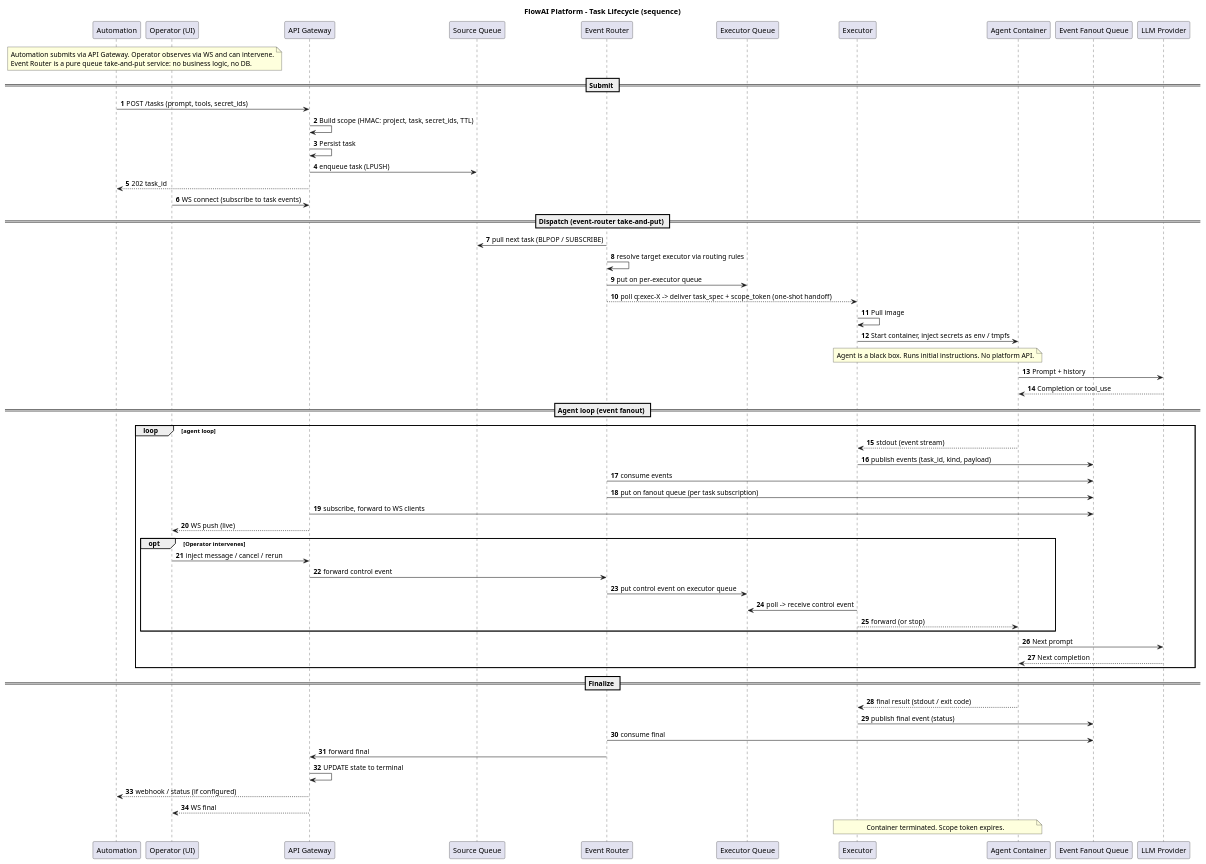
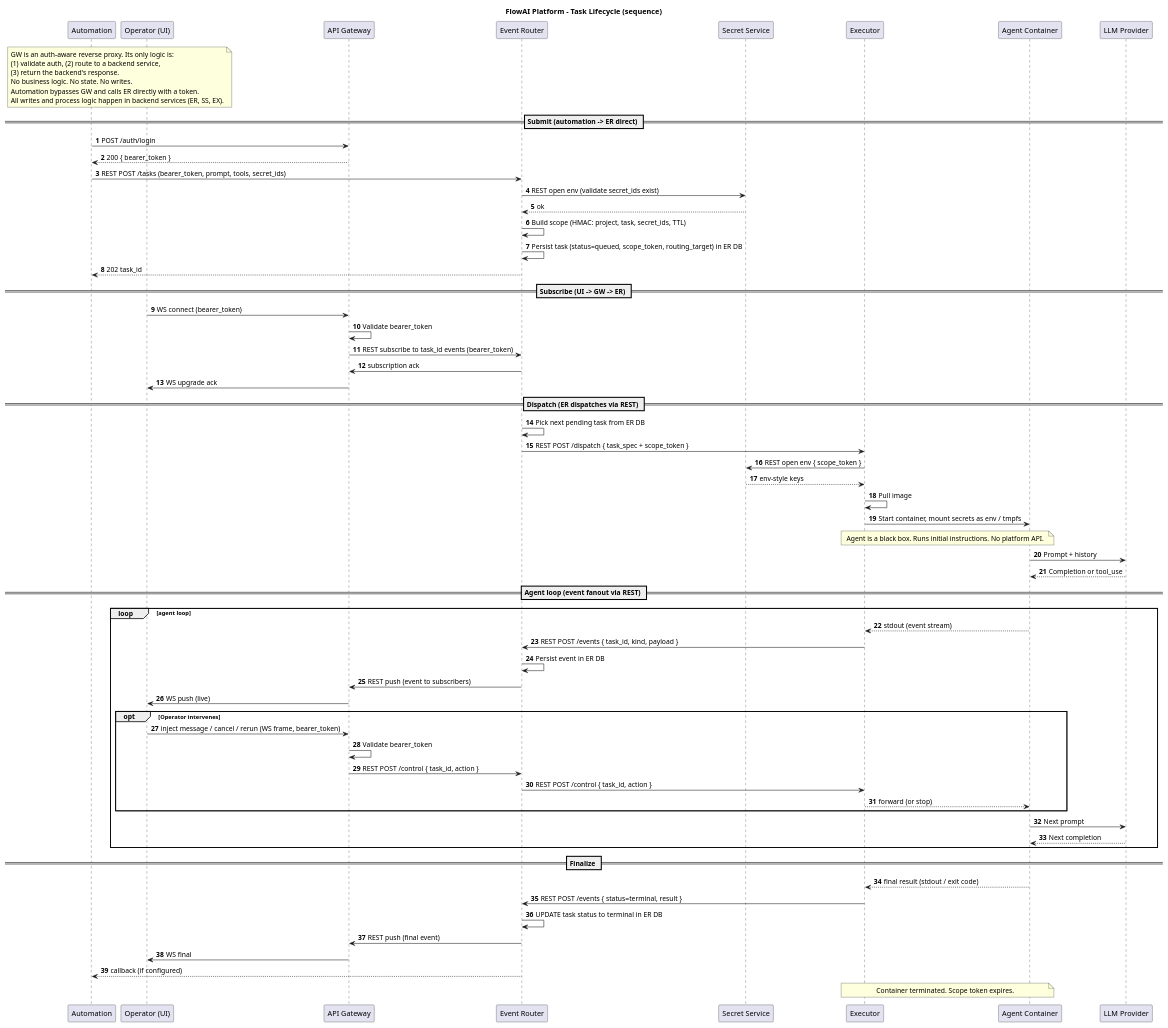
The diagram in docs/architecture/diagrams/04-sequence-task-lifecycle.puml (pandops/flowai), drawn with PlantUML before and after one commit. The commit also changed 1 other file, not shown here.

Commit message:
docs(architecture): update sequence diagrams for auth-proxy and no-queue model
Reflect the architectural changes in the sequence-level views:

04-sequence-task-lifecycle.puml: add 'Auto -> GW : POST /auth/login -> 200 { bearer_token }' at the start of submit; replace every 'GW queries' with 'GW: Validate bearer_token; REST proxy'; WS subscribe path goes UI -> GW (bearer_token) -> GW validate -> ER subscribe; live event path goes ER -> GW : REST push -> GW proxies WS frame to UI. No more queue participants, no more LPUSH/BLPOP, no more pg participant (state lives in ER DB now).

05-sequence-secrets.puml: F1 path 'UI -> GW (bearer_token) -> GW validate -> SS (POST /secrets)'; F2 path 'Auto -> GW (auth) -> ER (REST with bearer_token) -> ER validate'. ER does all the work (call SS open env, build scope, persist, return 202).

Ultraworked with [Sisyphus](https://github.com/code-yeongyu/oh-my-openagent)

```diff
--- a/docs/architecture/diagrams/04-sequence-task-lifecycle.puml
+++ b/docs/architecture/diagrams/04-sequence-task-lifecycle.puml
@@ -1,84 +1,93 @@
 @startuml 04-sequence-task-lifecycle
 title FlowAI Platform - Task Lifecycle (sequence)
 
 autonumber
 
 participant "Automation" as Auto
 participant "Operator (UI)" as U
 participant "API Gateway" as GW
-participant "Source Queue" as qsrc
 participant "Event Router" as ER
-participant "Executor Queue" as qexec
+participant "Secret Service" as SS
 participant "Executor" as EX
 participant "Agent Container" as AG
-participant "Event Fanout Queue" as qevt
 participant "LLM Provider" as LLM
 
 note over Auto, U
-  Automation submits via API Gateway. Operator observes via WS and can intervene.
-  Event Router is a pure queue take-and-put service: no business logic, no DB.
+  GW is an auth-aware reverse proxy. Its only logic is:
+  (1) validate auth, (2) route to a backend service,
+  (3) return the backend's response.
+  No business logic. No state. No writes.
+  Automation bypasses GW and calls ER directly with a token.
+  All writes and process logic happen in backend services (ER, SS, EX).
 end note
 
-== Submit ==
+== Submit (automation -> ER direct) ==
 
-Auto -> GW : POST /tasks (prompt, tools, secret_ids)
-GW -> GW : Build scope (HMAC: project, task, secret_ids, TTL)
-GW -> GW : Persist task
-GW -> qsrc : enqueue task (LPUSH)
-GW --> Auto : 202 task_id
+Auto -> GW : POST /auth/login
+GW --> Auto : 200 { bearer_token }
+Auto -> ER : REST POST /tasks (bearer_token, prompt, tools, secret_ids)
+ER -> SS : REST open env (validate secret_ids exist)
+SS --> ER : ok
+ER -> ER : Build scope (HMAC: project, task, secret_ids, TTL)
+ER -> ER : Persist task (status=queued, scope_token, routing_target) in ER DB
+ER --> Auto : 202 task_id
 
-U -> GW : WS connect (subscribe to task events)
+== Subscribe (UI -> GW -> ER) ==
 
-== Dispatch (event-router take-and-put) ==
+U -> GW : WS connect (bearer_token)
+GW -> GW : Validate bearer_token
+GW -> ER : REST subscribe to task_id events (bearer_token)
+ER -> GW : subscription ack
+GW -> U : WS upgrade ack
 
-ER -> qsrc : pull next task (BLPOP / SUBSCRIBE)
-ER -> ER : resolve target executor via routing rules
-ER -> qexec : put on per-executor queue
-ER --> EX : poll q:exec-X -> deliver task_spec + scope_token (one-shot handoff)
+== Dispatch (ER dispatches via REST) ==
+
+ER -> ER : Pick next pending task from ER DB
+ER -> EX : REST POST /dispatch { task_spec + scope_token }
+EX -> SS : REST open env { scope_token }
+SS --> EX : env-style keys
 EX -> EX : Pull image
-EX -> AG : Start container, inject secrets as env / tmpfs
+EX -> AG : Start container, mount secrets as env / tmpfs
 
 note over AG, EX
   Agent is a black box. Runs initial instructions. No platform API.
 end note
 
 AG -> LLM : Prompt + history
 LLM --> AG : Completion or tool_use
 
-== Agent loop (event fanout) ==
+== Agent loop (event fanout via REST) ==
 
 loop agent loop
   AG --> EX : stdout (event stream)
-  EX -> qevt : publish events (task_id, kind, payload)
-  ER -> qevt : consume events
-  ER -> qevt : put on fanout queue (per task subscription)
-  GW -> qevt : subscribe, forward to WS clients
-  GW --> U : WS push (live)
+  EX -> ER : REST POST /events { task_id, kind, payload }
+  ER -> ER : Persist event in ER DB
+  ER -> GW : REST push (event to subscribers)
+  GW -> U : WS push (live)
 
   opt Operator intervenes
-    U -> GW : inject message / cancel / rerun
-    GW -> ER : forward control event
-    ER -> qexec : put control event on executor queue
-    EX -> qexec : poll -> receive control event
+    U -> GW : inject message / cancel / rerun (WS frame, bearer_token)
+    GW -> GW : Validate bearer_token
+    GW -> ER : REST POST /control { task_id, action }
+    ER -> EX : REST POST /control { task_id, action }
     EX --> AG : forward (or stop)
   end
 
   AG -> LLM : Next prompt
   LLM --> AG : Next completion
 end
 
 == Finalize ==
 
 AG --> EX : final result (stdout / exit code)
-EX -> qevt : publish final event (status)
-ER -> qevt : consume final
-ER -> GW : forward final
-GW -> GW : UPDATE state to terminal
-GW --> Auto : webhook / status (if configured)
-GW --> U : WS final
+EX -> ER : REST POST /events { status=terminal, result }
+ER -> ER : UPDATE task status to terminal in ER DB
+ER -> GW : REST push (final event)
+GW -> U : WS final
+ER --> Auto : callback (if configured)
 
 note over AG, EX
   Container terminated. Scope token expires.
 end note
 
 @enduml
```
